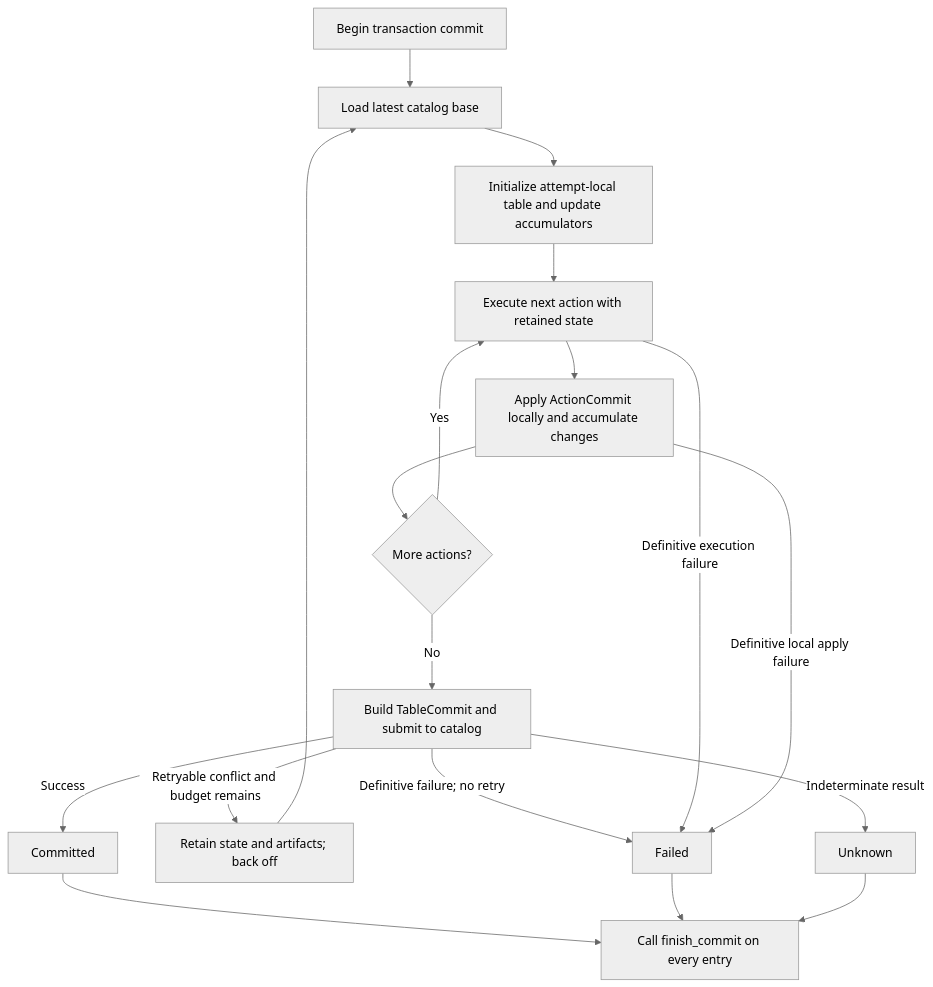
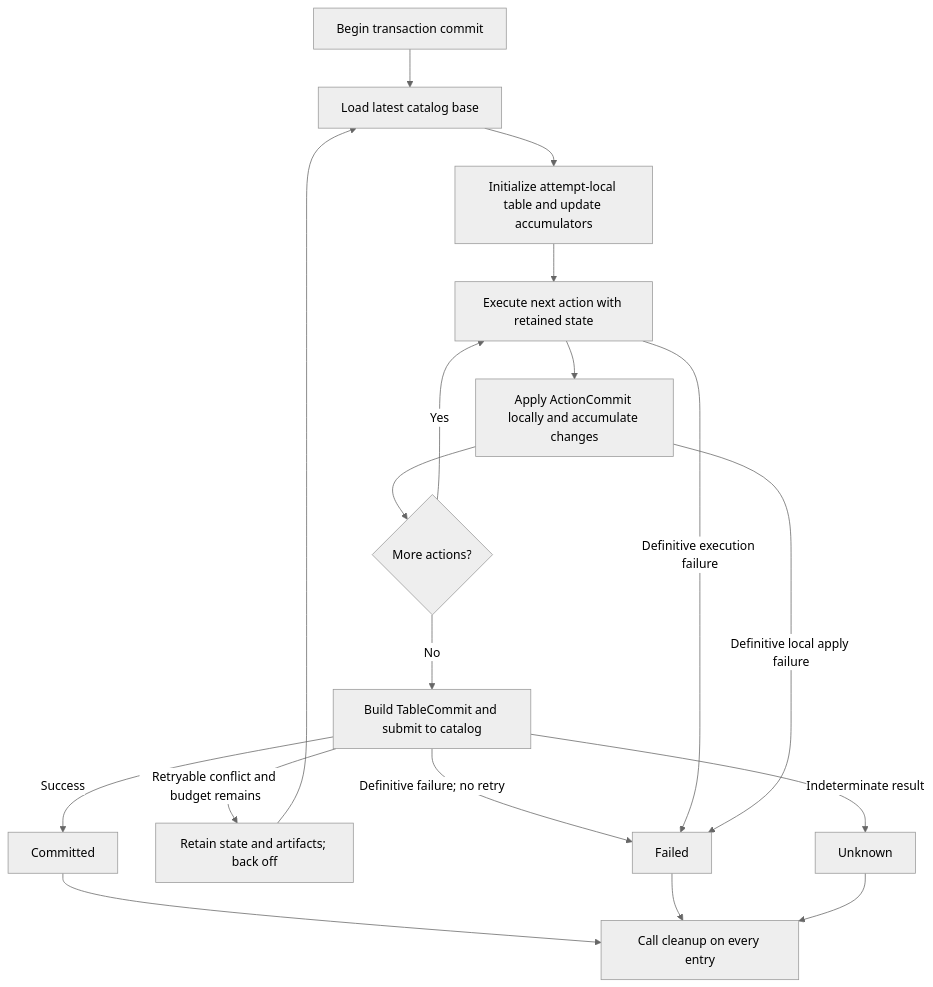
Before and after one commit to apache/iceberg-rust: the diagram in docs/rfcs/0003_stateful_transaction.md, drawn with Mermaid (neutral theme). The commit also changed other lines of this file, not shown here.

Commit message:
remove default impl for cleanup

````diff
--- a/docs/rfcs/0003_stateful_transaction.md
+++ b/docs/rfcs/0003_stateful_transaction.md
@@ -126,20 +126,20 @@
 ```mermaid
 flowchart TD
     Start["Begin transaction commit"] --> Refresh["Load latest catalog base"]
     Refresh --> Init["Initialize attempt-local table and update accumulators"]
     Init --> Action["Execute next action with retained state"]
     Action --> Apply["Apply ActionCommit locally and accumulate changes"]
     Apply --> More{"More actions?"}
     More -->|Yes| Action
     More -->|No| Submit["Build TableCommit and submit to catalog"]
     Submit -->|Success| Committed["Committed"]
     Submit -->|Retryable conflict and budget remains| Retry["Retain state and artifacts; back off"]
     Retry --> Refresh
     Submit -->|Definitive failure; no retry| Failed["Failed"]
     Submit -->|Indeterminate result| Unknown["Unknown"]
     Action -->|Definitive execution failure| Failed
     Apply -->|Definitive local apply failure| Failed
-    Committed --> Finish["Call finish_commit on every entry"]
+    Committed --> Finish["Call cleanup on every entry"]
     Failed --> Finish
     Unknown --> Finish
 ```
````
